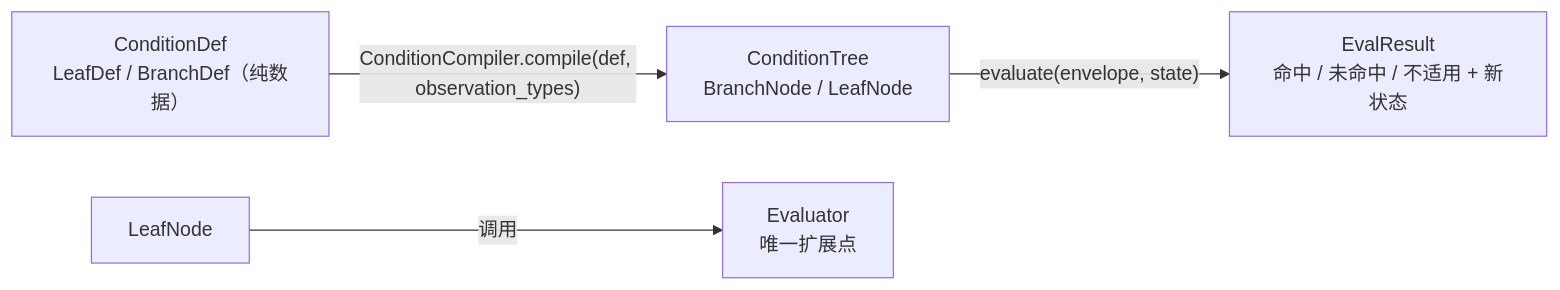
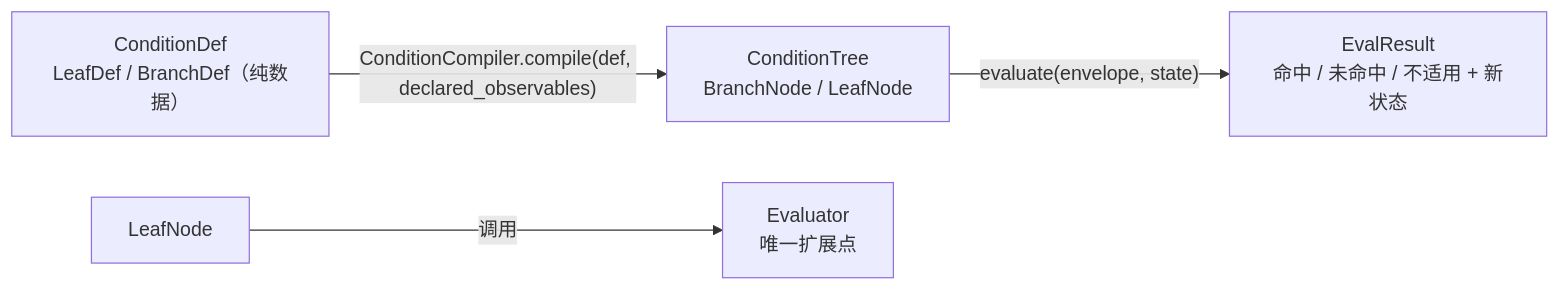
One commit to Jeromexsu/Orion changed the fifth of 5 diagrams in README.md. Above: the diagram before and after it, drawn with Mermaid. The commit also changed other lines of this file and 5 other files, not shown here.

First line of the commit message:
refactor(condition_engine): rename observation_types to declared_observables

````diff
--- a/README.md
+++ b/README.md
@@ -310,6 +310,6 @@
 ```mermaid
 graph LR
-  CD["ConditionDef<br/>LeafDef / BranchDef（纯数据）"] -->|"ConditionCompiler.compile(def, observation_types)"| CT["ConditionTree<br/>BranchNode / LeafNode"]
+  CD["ConditionDef<br/>LeafDef / BranchDef（纯数据）"] -->|"ConditionCompiler.compile(def, declared_observables)"| CT["ConditionTree<br/>BranchNode / LeafNode"]
   CT -->|"evaluate(envelope, state)"| ER["EvalResult<br/>命中 / 未命中 / 不适用 + 新状态"]
   LN["LeafNode"] -->|调用| EV["Evaluator<br/>唯一扩展点"]
 ```
````
